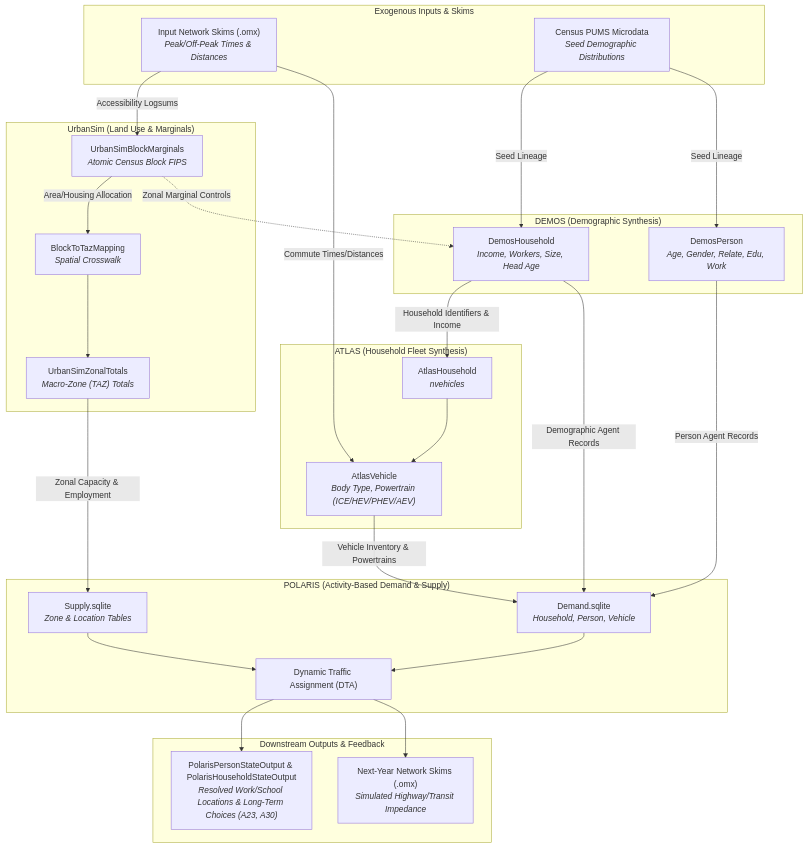
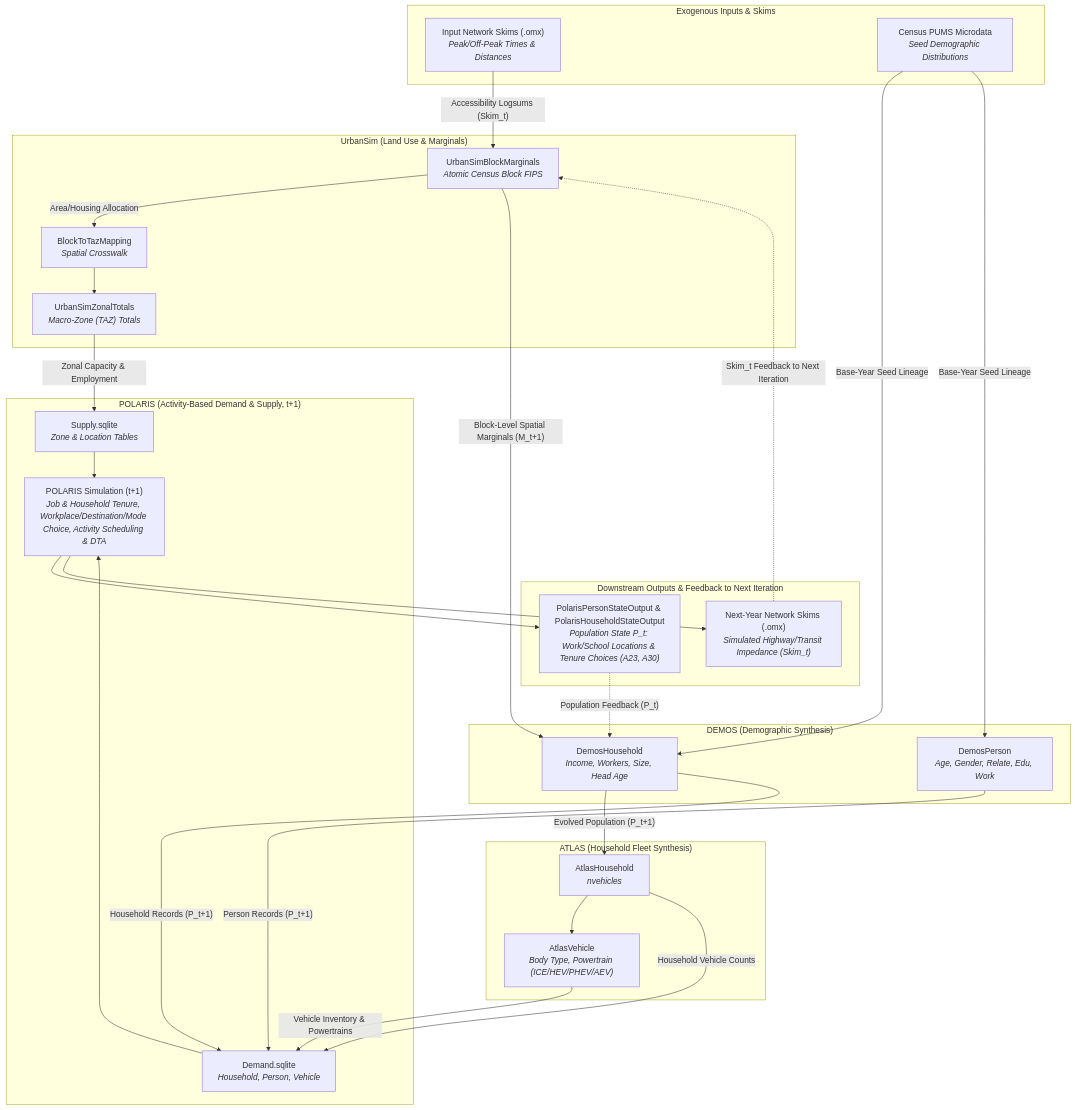
Before and after one commit to LBNL-UCB-STI/synergy-schema: the first of 10 diagrams in docs/cross-model-mappings/deliverable_1_uml.md, drawn with Mermaid. The commit also changed other lines of this file and 14 other files, not shown here.

Commit message:
docs: align multi-year loop diagram, simplify index, and fix math and Mermaid rendering

````diff
--- a/docs/cross-model-mappings/deliverable_1_uml.md
+++ b/docs/cross-model-mappings/deliverable_1_uml.md
@@ -14,70 +14,72 @@
     ```mermaid
     flowchart TD
         subgraph Inputs ["Exogenous Inputs & Skims"]
             SkimsIn["Input Network Skims (.omx)<br/><i>Peak/Off-Peak Times & Distances</i>"]
             PUMS["Census PUMS Microdata<br/><i>Seed Demographic Distributions</i>"]
         end
 
         subgraph UrbanSim ["UrbanSim (Land Use & Marginals)"]
             US_Block["UrbanSimBlockMarginals<br/><i>Atomic Census Block FIPS</i>"]
             US_Map["BlockToTazMapping<br/><i>Spatial Crosswalk</i>"]
             US_Zone["UrbanSimZonalTotals<br/><i>Macro-Zone (TAZ) Totals</i>"]
         end
 
         subgraph DEMOS ["DEMOS (Demographic Synthesis)"]
             DEMOS_HH["DemosHousehold<br/><i>Income, Workers, Size, Head Age</i>"]
             DEMOS_P["DemosPerson<br/><i>Age, Gender, Relate, Edu, Work</i>"]
         end
 
         subgraph ATLAS ["ATLAS (Household Fleet Synthesis)"]
             ATLAS_HH["AtlasHousehold<br/><i>nvehicles</i>"]
             ATLAS_V["AtlasVehicle<br/><i>Body Type, Powertrain (ICE/HEV/PHEV/AEV)</i>"]
         end
 
-        subgraph POLARIS ["POLARIS (Activity-Based Demand & Supply)"]
+        subgraph POLARIS ["POLARIS (Activity-Based Demand & Supply, t+1)"]
             POL_Supply["Supply.sqlite<br/><i>Zone & Location Tables</i>"]
             POL_Demand["Demand.sqlite<br/><i>Household, Person, Vehicle</i>"]
-            POL_DTA["Dynamic Traffic Assignment (DTA)"]
+            POL_DTA["POLARIS Simulation (t+1)<br/><i>Job & Household Tenure, Workplace/Destination/Mode Choice, Activity Scheduling & DTA</i>"]
         end
 
-        subgraph Outputs ["Downstream Outputs & Feedback"]
-            POL_StateOut["PolarisPersonStateOutput & PolarisHouseholdStateOutput<br/><i>Resolved Work/School Locations & Long-Term Choices (A23, A30)</i>"]
-            SkimsOut["Next-Year Network Skims (.omx)<br/><i>Simulated Highway/Transit Impedance</i>"]
+        subgraph Outputs ["Downstream Outputs & Feedback to Next Iteration"]
+            POL_StateOut["PolarisPersonStateOutput & PolarisHouseholdStateOutput<br/><i>Population State P_t: Work/School Locations & Tenure Choices (A23, A30)</i>"]
+            SkimsOut["Next-Year Network Skims (.omx)<br/><i>Simulated Highway/Transit Impedance (Skim_t)</i>"]
         end
 
         %% Connections
-        SkimsIn -->|Accessibility Logsums| US_Block
-        SkimsIn -->|Commute Times/Distances| ATLAS_V
-        PUMS -->|Seed Lineage| DEMOS_HH
-        PUMS -->|Seed Lineage| DEMOS_P
+        SkimsIn -->|"Accessibility Logsums (Skim_t)"| US_Block
+        PUMS -->|"Base-Year Seed Lineage"| DEMOS_HH
+        PUMS -->|"Base-Year Seed Lineage"| DEMOS_P
 
-        US_Block -->|Area/Housing Allocation| US_Map
+        US_Block -->|"Area/Housing Allocation"| US_Map
         US_Map --> US_Zone
-        US_Zone -->|Zonal Capacity & Employment| POL_Supply
-        US_Block -.->|Zonal Marginal Controls| DEMOS_HH
+        US_Zone -->|"Zonal Capacity & Employment"| POL_Supply
+        US_Block -->|"Block-Level Spatial Marginals (M_t+1)"| DEMOS_HH
 
-        DEMOS_HH -->|Household Identifiers & Income| ATLAS_HH
-        DEMOS_HH -->|Demographic Agent Records| POL_Demand
-        DEMOS_P -->|Person Agent Records| POL_Demand
+        DEMOS_HH -->|"Evolved Population (P_t+1)"| ATLAS_HH
+        DEMOS_HH -->|"Household Records (P_t+1)"| POL_Demand
+        DEMOS_P -->|"Person Records (P_t+1)"| POL_Demand
 
         ATLAS_HH --> ATLAS_V
-        ATLAS_V -->|Vehicle Inventory & Powertrains| POL_Demand
+        ATLAS_HH -->|"Household Vehicle Counts"| POL_Demand
+        ATLAS_V -->|"Vehicle Inventory & Powertrains"| POL_Demand
 
         POL_Supply --> POL_DTA
         POL_Demand --> POL_DTA
         POL_DTA --> POL_StateOut
         POL_DTA --> SkimsOut
+        POL_StateOut -.->|"Population Feedback (P_t)"| DEMOS_HH
+        SkimsOut -.->|"Skim_t Feedback to Next Iteration"| US_Block
 
         %% Interactive Clickable Schema Links
         click SkimsIn "../schema/InputNetworkSkims/" "View InputNetworkSkims LinkML documentation"
         click US_Block "../schema/UrbanSimBlockMarginals/" "View UrbanSimBlockMarginals LinkML documentation"
         click US_Map "../schema/BlockToTazMapping/" "View BlockToTazMapping LinkML documentation"
         click US_Zone "../schema/UrbanSimZonalTotals/" "View UrbanSimZonalTotals LinkML documentation"
         click DEMOS_HH "../schema/DemosPolarisMappedHousehold/" "View DemosPolarisMappedHousehold LinkML documentation"
         click DEMOS_P "../schema/DemosPolarisMappedPerson/" "View DemosPolarisMappedPerson LinkML documentation"
         click ATLAS_HH "../schema/AtlasHouseholdFleetOutput/" "View AtlasHouseholdFleetOutput LinkML documentation"
         click ATLAS_V "../schema/AtlasVehicleFleetOutput/" "View AtlasVehicleFleetOutput LinkML documentation"
         click POL_Demand "../schema/PolarisDemandDatabaseHousehold/" "View POLARIS Demand Database LinkML documentation"
         click POL_StateOut "../schema/PolarisPersonStateOutput/" "View PolarisPersonStateOutput LinkML documentation"
         click SkimsOut "../schema/NextYearNetworkSkims/" "View NextYearNetworkSkims LinkML documentation"
     ```
````
